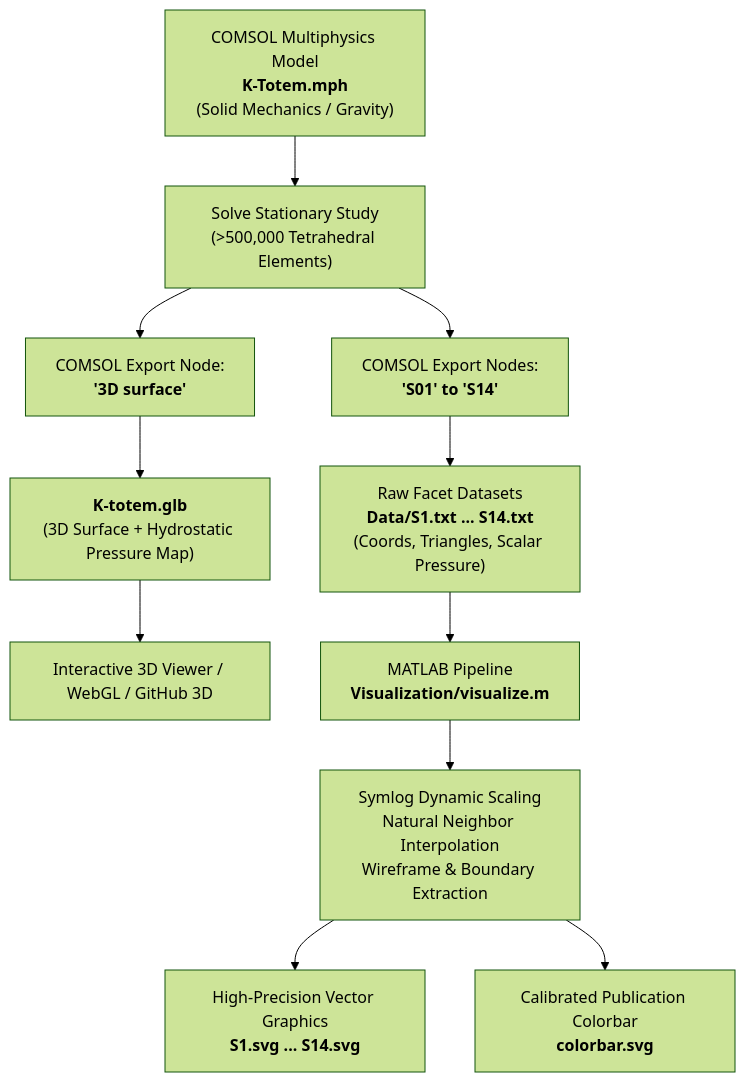
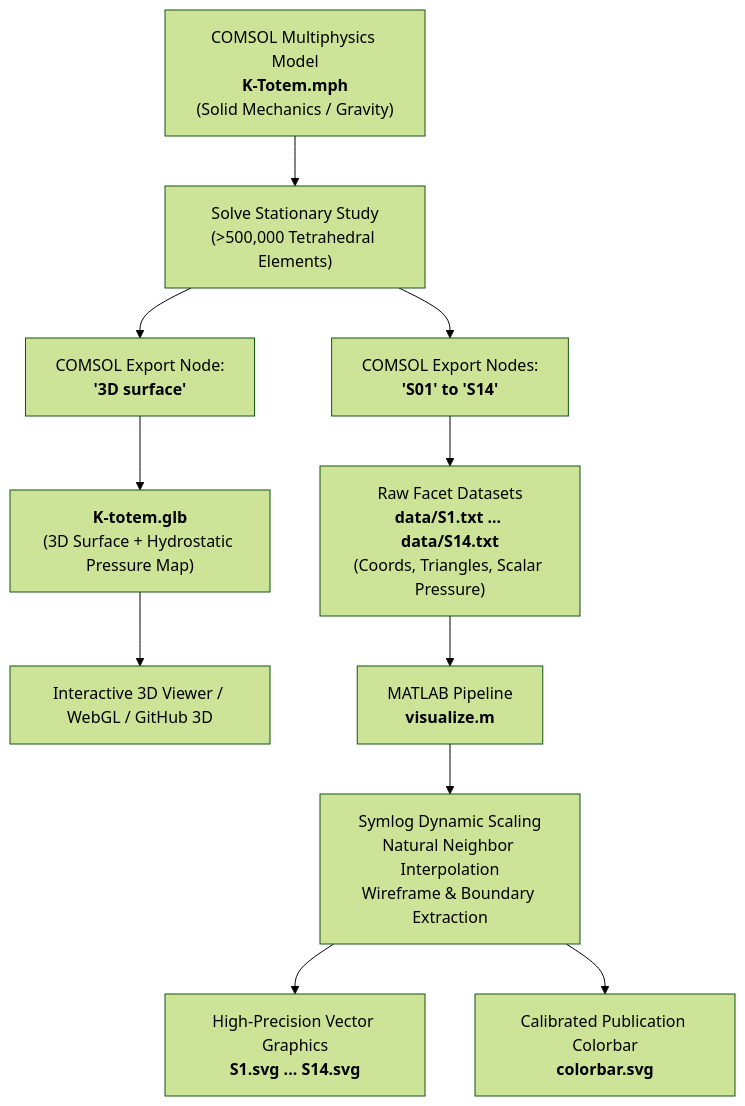
One commit to MahZadYar/K-Totem changed the diagram in README.md. Above: the diagram before and after it, drawn with Mermaid (forest theme). The commit also changed other lines of this file, not shown here.

````diff
--- a/README.md
+++ b/README.md
@@ -27,19 +27,19 @@
 ```mermaid
 flowchart TD
     A["COMSOL Multiphysics Model<br/><b>K-Totem.mph</b><br/>(Solid Mechanics / Gravity)"] --> B["Solve Stationary Study<br/>(>500,000 Tetrahedral Elements)"]
     
     %% Branch 1: 3D Surface Model
     B --> C["COMSOL Export Node:<br/><b>'3D surface'</b>"]
     C --> D["<b>K-totem.glb</b><br/>(3D Surface + Hydrostatic Pressure Map)"]
     D --> E["Interactive 3D Viewer / WebGL / GitHub 3D"]
 
     %% Branch 2: 2D Facet Data
     B --> F["COMSOL Export Nodes:<br/><b>'S01' to 'S14'</b>"]
-    F --> G["Raw Facet Datasets<br/><b>Data/S1.txt ... S14.txt</b><br/>(Coords, Triangles, Scalar Pressure)"]
+    F --> G["Raw Facet Datasets<br/><b>data/S1.txt ... data/S14.txt</b><br/>(Coords, Triangles, Scalar Pressure)"]
     
     %% Branch 3: MATLAB Visualization
-    G --> H["MATLAB Pipeline<br/><b>Visualization/visualize.m</b>"]
+    G --> H["MATLAB Pipeline<br/><b>visualize.m</b>"]
     H --> I["Symlog Dynamic Scaling<br/>Natural Neighbor Interpolation<br/>Wireframe & Boundary Extraction"]
     I --> J["High-Precision Vector Graphics<br/><b>S1.svg ... S14.svg</b>"]
     I --> K["Calibrated Publication Colorbar<br/><b>colorbar.svg</b>"]
 ```
````
